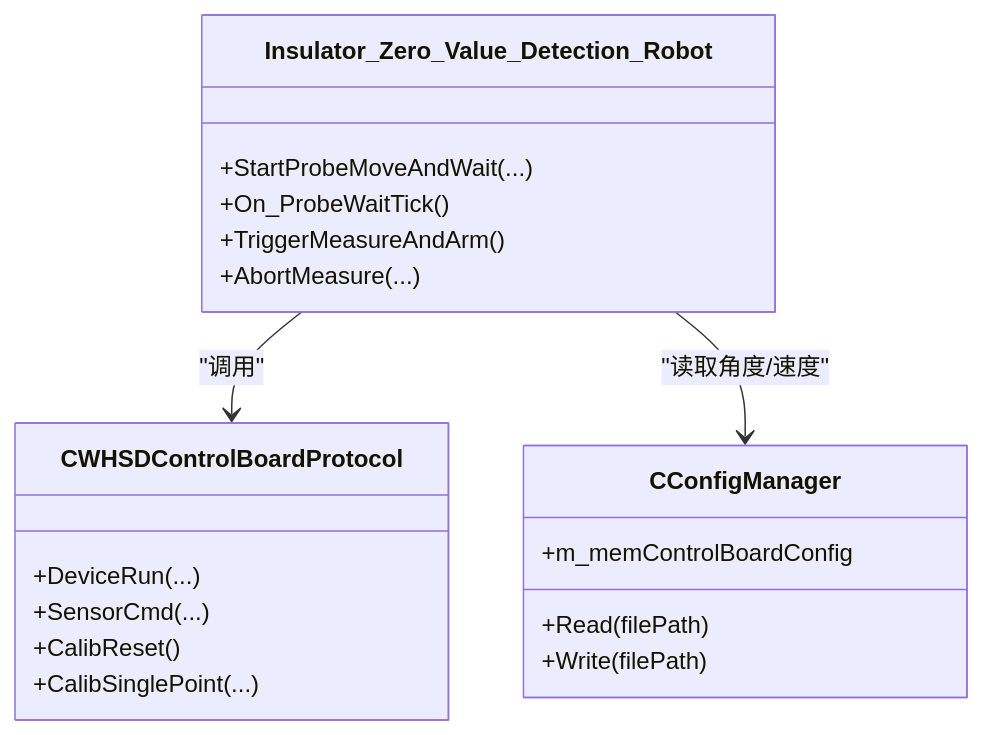
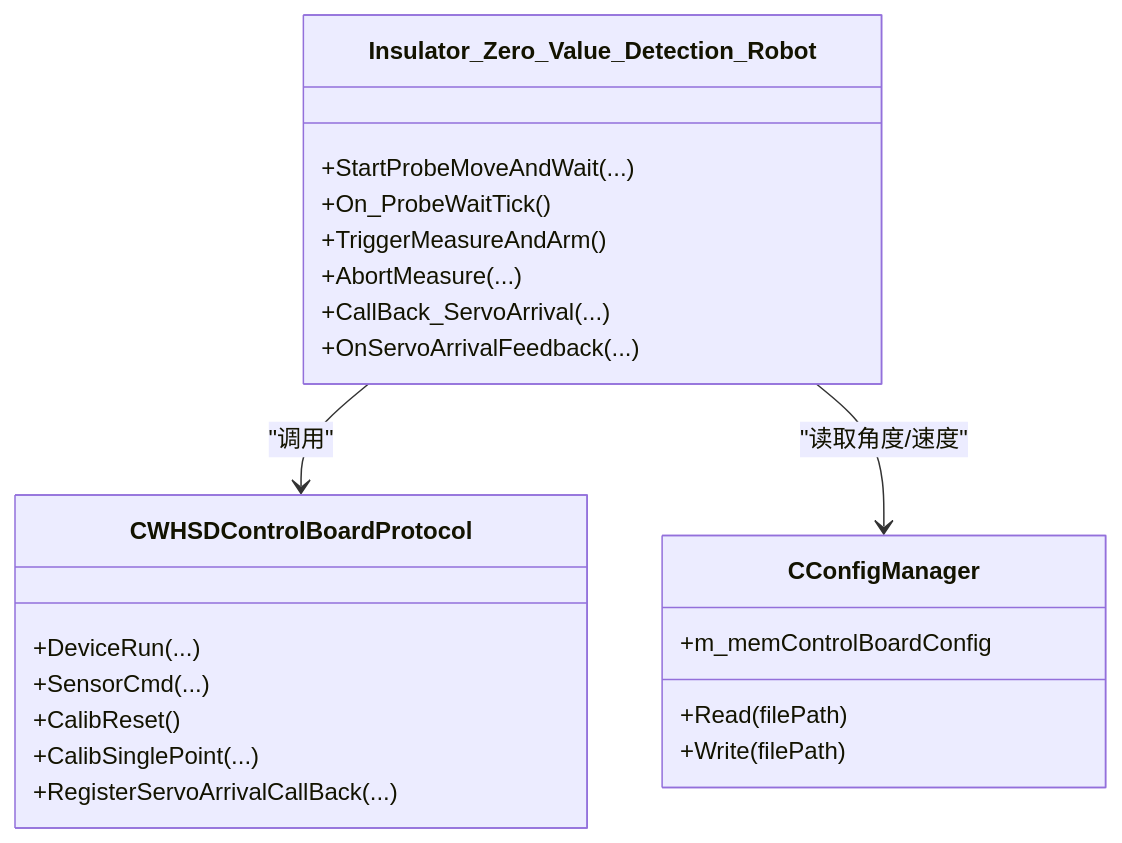
Before and after one commit to yangreest/Zero-value-Insulator-Robot-V2: the sixth of 7 diagrams in .qoder/repowiki/zh/content/用户手册/检测工作流程/检测执行阶段/探针定位控制.md, drawn with Mermaid. The commit also changed other lines of this file and 14 other files, not shown here.

````diff
--- a/.qoder/repowiki/zh/content/用户手册/检测工作流程/检测执行阶段/探针定位控制.md
+++ b/.qoder/repowiki/zh/content/用户手册/检测工作流程/检测执行阶段/探针定位控制.md
@@ -207,22 +223,25 @@
 ```mermaid
 classDiagram
 class CWHSDControlBoardProtocol {
 +DeviceRun(...)
 +SensorCmd(...)
 +CalibReset()
 +CalibSinglePoint(...)
++RegisterServoArrivalCallBack(...)
 }
 class CConfigManager {
 +Read(filePath)
 +Write(filePath)
 +m_memControlBoardConfig
 }
 class Insulator_Zero_Value_Detection_Robot {
 +StartProbeMoveAndWait(...)
 +On_ProbeWaitTick()
 +TriggerMeasureAndArm()
 +AbortMeasure(...)
++CallBack_ServoArrival(...)
++OnServoArrivalFeedback(...)
 }
 Insulator_Zero_Value_Detection_Robot --> CWHSDControlBoardProtocol : "调用"
 Insulator_Zero_Value_Detection_Robot --> CConfigManager : "读取角度/速度"
 ```
````
